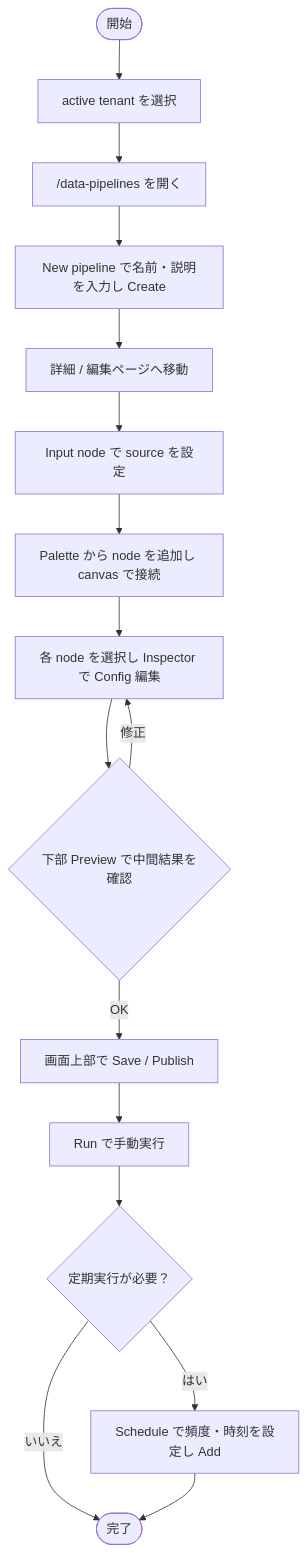
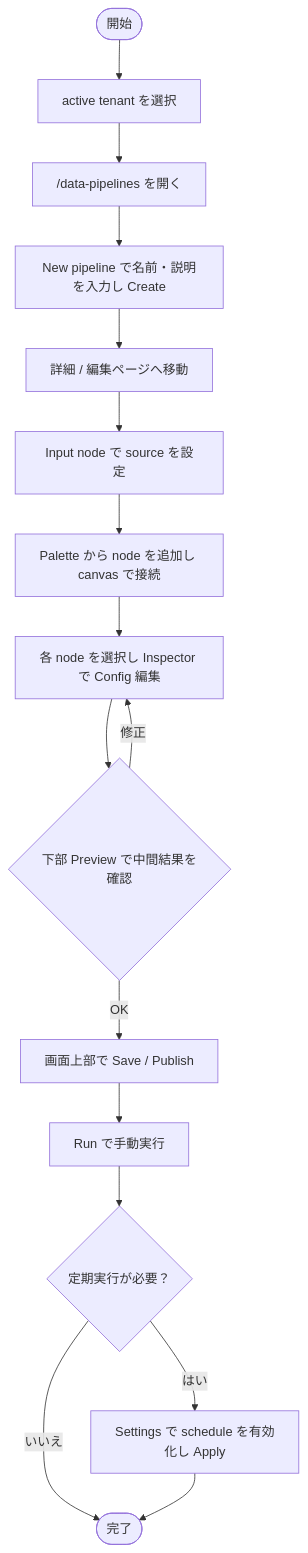
The first of 8 diagrams in docs/data-pipeline-manual.md (pochy/HaoHao), drawn with Mermaid before and after one commit. The commit also changed other lines of this file, not shown here.

````diff
--- a/docs/data-pipeline-manual.md
+++ b/docs/data-pipeline-manual.md
@@ -63,18 +135,18 @@
 ```mermaid
 flowchart TD
     start([開始]) --> tenant["active tenant を選択"]
     tenant --> list["/data-pipelines を開く"]
     list --> create["New pipeline で名前・説明を入力し Create"]
     create --> detail["詳細 / 編集ページへ移動"]
     detail --> input["Input node で source を設定"]
     input --> dag["Palette から node を追加し canvas で接続"]
     dag --> cfg["各 node を選択し Inspector で Config 編集"]
     cfg --> preview{"下部 Preview で中間結果を確認"}
     preview -->|修正| cfg
     preview -->|OK| savepub["画面上部で Save / Publish"]
     savepub --> run["Run で手動実行"]
     run --> sched{"定期実行が必要？"}
-    sched -->|はい| sch["Schedule で頻度・時刻を設定し Add"]
+    sched -->|はい| sch["Settings で schedule を有効化し Apply"]
     sched -->|いいえ| done([完了])
     sch --> done
 ```
````
